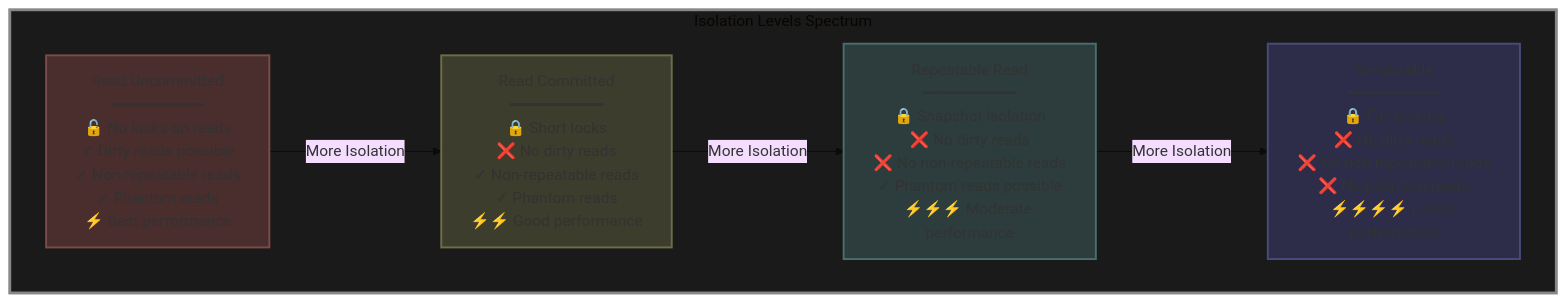
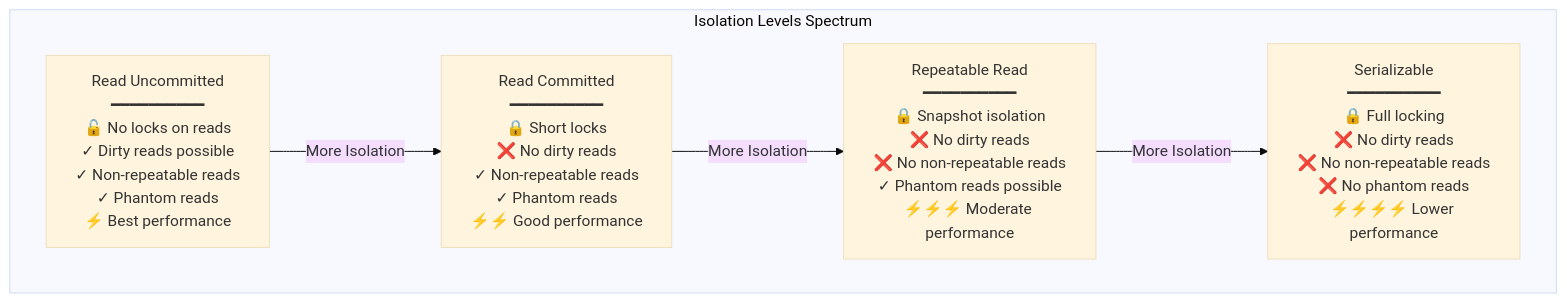
One commit to Yash-Kavaiya/The-System-Design-Masterclass changed the seventh of 9 diagrams in system design beginner/6. Databse Isolation Levels.md. Above: the diagram before and after it, drawn with Mermaid (base theme). The commit also changed other lines of this file, not shown here.

First line of the commit message:
Remove style definitions from database isolation levels

````diff
--- a/system design beginner/6. Databse Isolation Levels.md
+++ b/system design beginner/6. Databse Isolation Levels.md
@@ -413,22 +404,17 @@
 ```mermaid
 graph TB
     subgraph IsolationLevels["Isolation Levels Spectrum"]
         RU[Read Uncommitted<br/>━━━━━━━━━━<br/>🔓 No locks on reads<br/>✓ Dirty reads possible<br/>✓ Non-repeatable reads<br/>✓ Phantom reads<br/>⚡ Best performance]
         
         RC[Read Committed<br/>━━━━━━━━━━<br/>🔒 Short locks<br/>❌ No dirty reads<br/>✓ Non-repeatable reads<br/>✓ Phantom reads<br/>⚡⚡ Good performance]
         
         RR[Repeatable Read<br/>━━━━━━━━━━<br/>🔒 Snapshot isolation<br/>❌ No dirty reads<br/>❌ No non-repeatable reads<br/>✓ Phantom reads possible<br/>⚡⚡⚡ Moderate performance]
         
         S[Serializable<br/>━━━━━━━━━━<br/>🔒 Full locking<br/>❌ No dirty reads<br/>❌ No non-repeatable reads<br/>❌ No phantom reads<br/>⚡⚡⚡⚡ Lower performance]
     end
     
     RU -->|More Isolation| RC
     RC -->|More Isolation| RR
     RR -->|More Isolation| S
     
-    style IsolationLevels fill:#1a1a1a,stroke:#888,stroke-width:3px
-    style RU fill:#4a2d2d,stroke:#7c4a4a,stroke-width:2px
-    style RC fill:#3d3d2d,stroke:#6d6d4a,stroke-width:2px
-    style RR fill:#2d3d3d,stroke:#4a6d6d,stroke-width:2px
-    style S fill:#2d2d4a,stroke:#4a4a7c,stroke-width:2px
 ```
````
